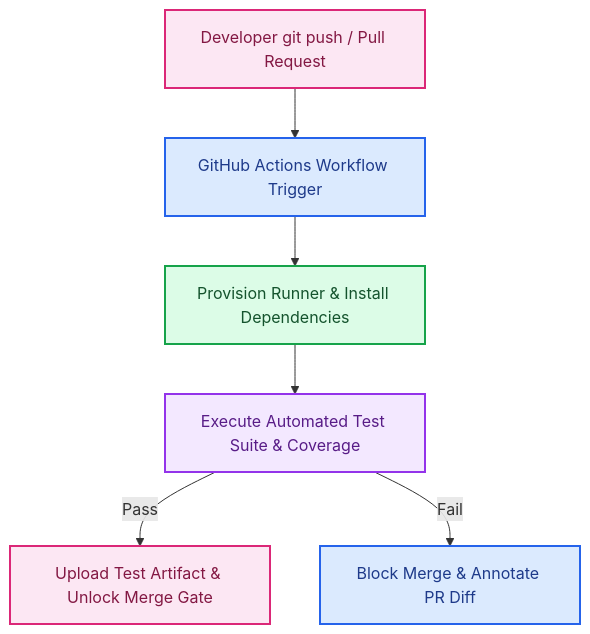
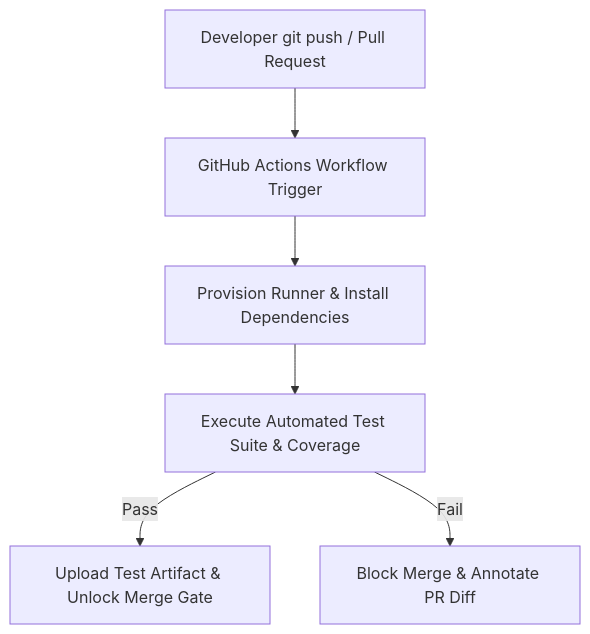
Before and after one commit to RobinaMirbahar/skills-test-with-actions: the diagram in README.md, drawn with Mermaid.

Commit message:
docs: revert Mermaid color overrides for crisp native GitHub rendering and consolidate header

````diff
--- a/README.md
+++ b/README.md
@@ -23,14 +23,8 @@
 ```mermaid
 flowchart TD
     A["Developer git push / Pull Request"] --> B["GitHub Actions Workflow Trigger"]
     B --> C["Provision Runner & Install Dependencies"]
     C --> D["Execute Automated Test Suite & Coverage"]
     D -->|Pass| E["Upload Test Artifact & Unlock Merge Gate"]
     D -->|Fail| F["Block Merge & Annotate PR Diff"]
-    style A fill:#fce7f3,stroke:#db2777,stroke-width:2px,color:#831843
-    style B fill:#dbeafe,stroke:#2563eb,stroke-width:2px,color:#1e3a8a
-    style C fill:#dcfce7,stroke:#16a34a,stroke-width:2px,color:#14532d
-    style D fill:#f3e8ff,stroke:#9333ea,stroke-width:2px,color:#581c87
-    style E fill:#fce7f3,stroke:#db2777,stroke-width:2px,color:#831843
-    style F fill:#dbeafe,stroke:#2563eb,stroke-width:2px,color:#1e3a8a
 ```
````
